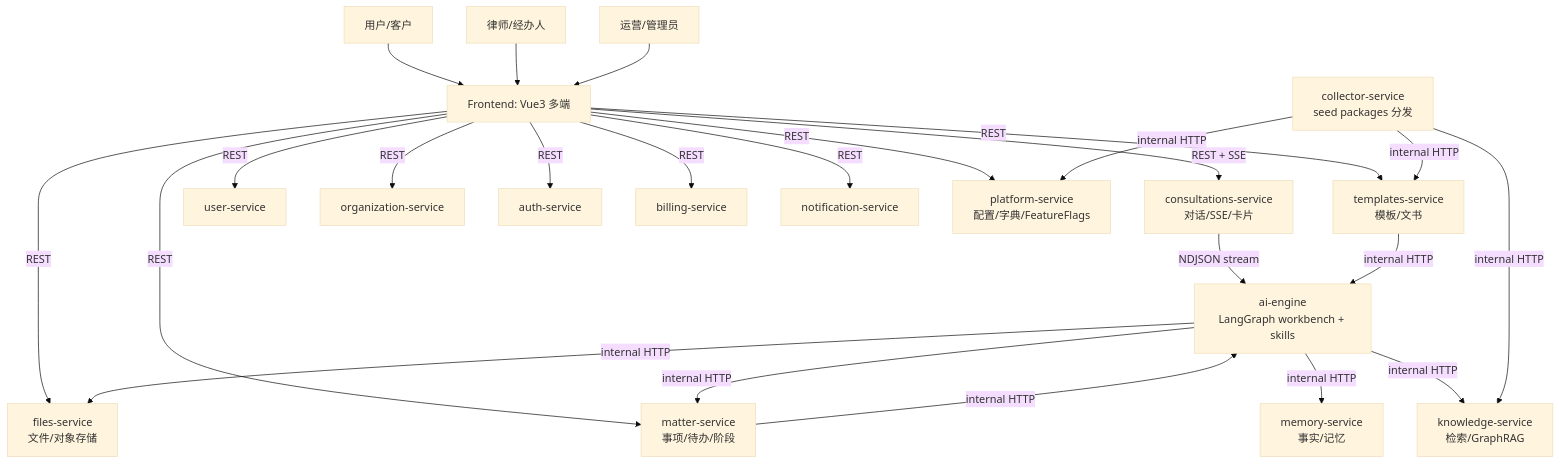
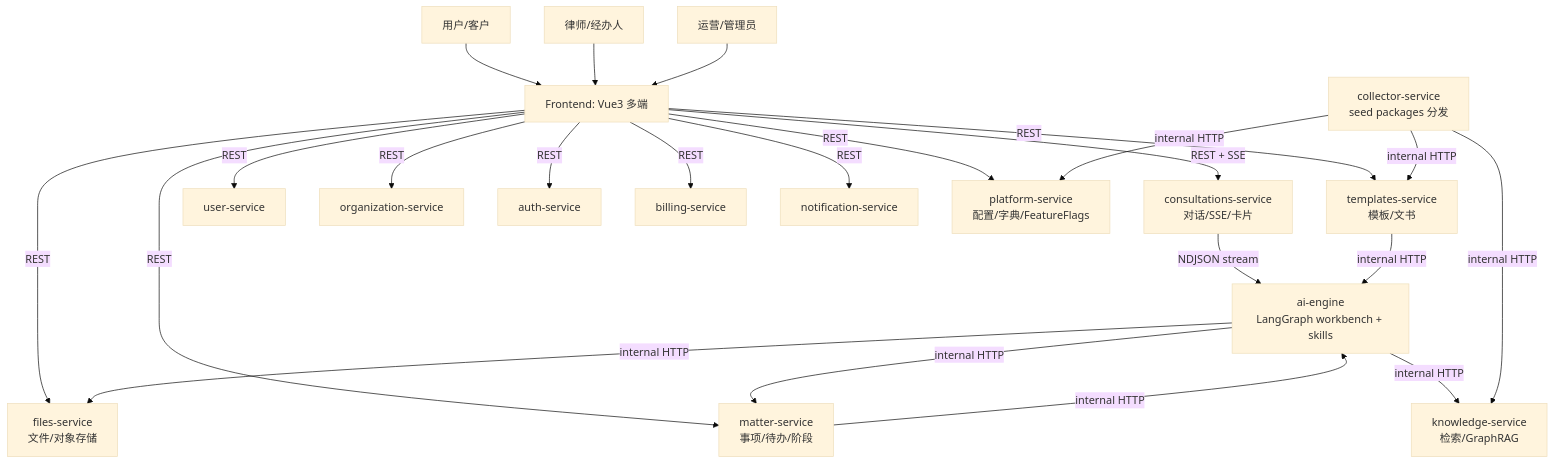
Before and after one commit to lawseekdog/docs: the diagram in architecture/overview.md, drawn with Mermaid (base theme). The commit also changed other lines of this file and 11 other files, not shown here.

Commit message:
docs: remove memory and rerank service references

````diff
--- a/architecture/overview.md
+++ b/architecture/overview.md
@@ -7,30 +7,29 @@
 ```mermaid
 flowchart TB
   U[用户/客户] --> FE[Frontend: Vue3 多端]
   L[律师/经办人] --> FE
   A[运营/管理员] --> FE
 
   FE -->|REST + SSE| CONS[consultations-service<br/>对话/SSE/卡片]
   FE -->|REST| MAT[matter-service<br/>事项/待办/阶段]
   FE -->|REST| TPL[templates-service<br/>模板/文书]
   FE -->|REST| FILES[files-service<br/>文件/对象存储]
   FE -->|REST| USER[user-service]
   FE -->|REST| ORG[organization-service]
   FE -->|REST| AUTH[auth-service]
   FE -->|REST| BILL[billing-service]
   FE -->|REST| NOTIF[notification-service]
   FE -->|REST| PLAT[platform-service<br/>配置/字典/FeatureFlags]
 
   CONS -->|NDJSON stream| AIE[ai-engine<br/>LangGraph workbench + skills]
   MAT -->|internal HTTP| AIE
   TPL -->|internal HTTP| AIE
 
   AIE -->|internal HTTP| KNOW[knowledge-service<br/>检索/GraphRAG]
-  AIE -->|internal HTTP| MEM[memory-service<br/>事实/记忆]
   AIE -->|internal HTTP| FILES
   AIE -->|internal HTTP| MAT
 
   COL[collector-service<br/>seed packages 分发] -->|internal HTTP| PLAT
   COL -->|internal HTTP| KNOW
   COL -->|internal HTTP| TPL
 ```
````
